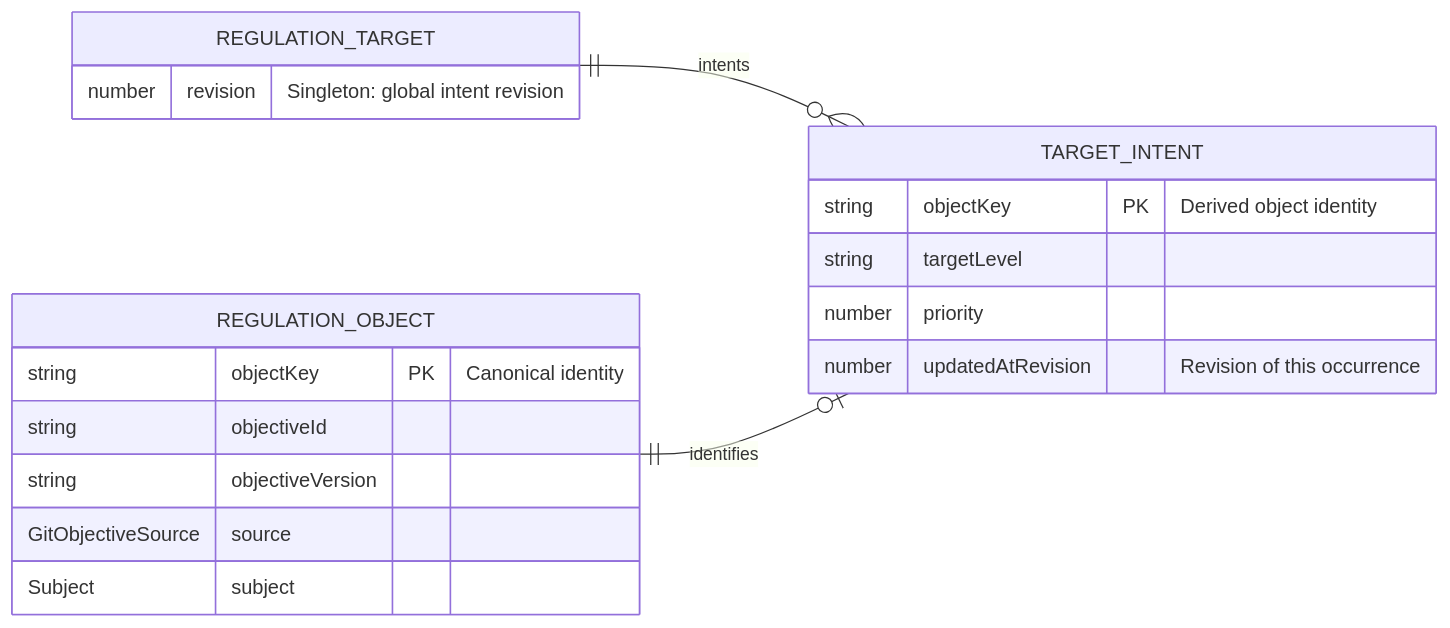
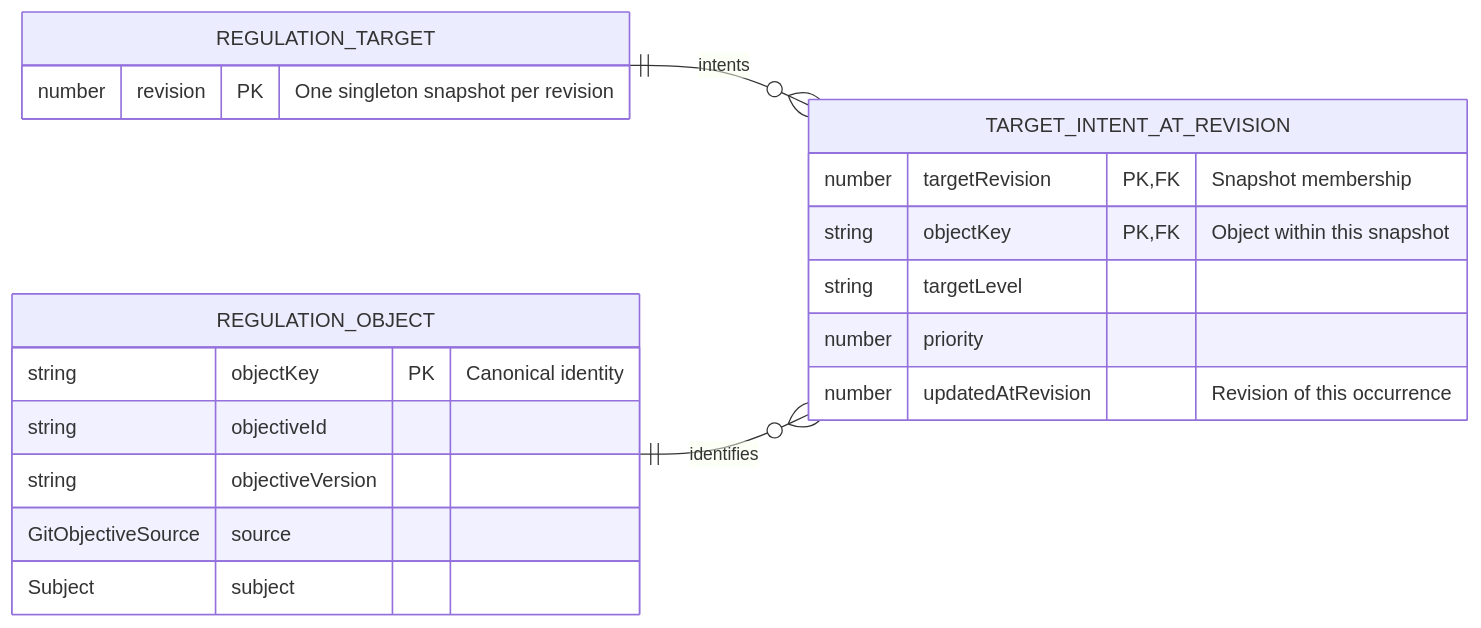
Before and after one commit to shazhou-ww/potential-guide: the first of 2 diagrams in .silvermoon/ideas/01M5E7N9F5Y0ZN1SYKDFYEVA20/outer/inner/ideal/Types.md, drawn with Mermaid. The commit also changed other lines of this file and 4 other files, not shown here.

````diff
--- a/.silvermoon/ideas/01M5E7N9F5Y0ZN1SYKDFYEVA20/outer/inner/ideal/Types.md
+++ b/.silvermoon/ideas/01M5E7N9F5Y0ZN1SYKDFYEVA20/outer/inner/ideal/Types.md
@@ -21,23 +23,24 @@
 ```mermaid
 erDiagram
     direction LR
-    REGULATION_TARGET ||--o{ TARGET_INTENT : intents
-    REGULATION_OBJECT ||--o| TARGET_INTENT : identifies
+    REGULATION_TARGET ||--o{ TARGET_INTENT_AT_REVISION : intents
+    REGULATION_OBJECT ||--o{ TARGET_INTENT_AT_REVISION : identifies
 
     REGULATION_TARGET {
-        number revision "Singleton: global intent revision"
+        number revision PK "One singleton snapshot per revision"
     }
-    TARGET_INTENT {
-        string objectKey PK "Derived object identity"
+    TARGET_INTENT_AT_REVISION {
+        number targetRevision PK, FK "Snapshot membership"
+        string objectKey PK, FK "Object within this snapshot"
         string targetLevel
         number priority
         number updatedAtRevision "Revision of this occurrence"
     }
     REGULATION_OBJECT {
         string objectKey PK "Canonical identity"
         string objectiveId
         string objectiveVersion
         GitObjectiveSource source
         Subject subject
     }
 ```
````
